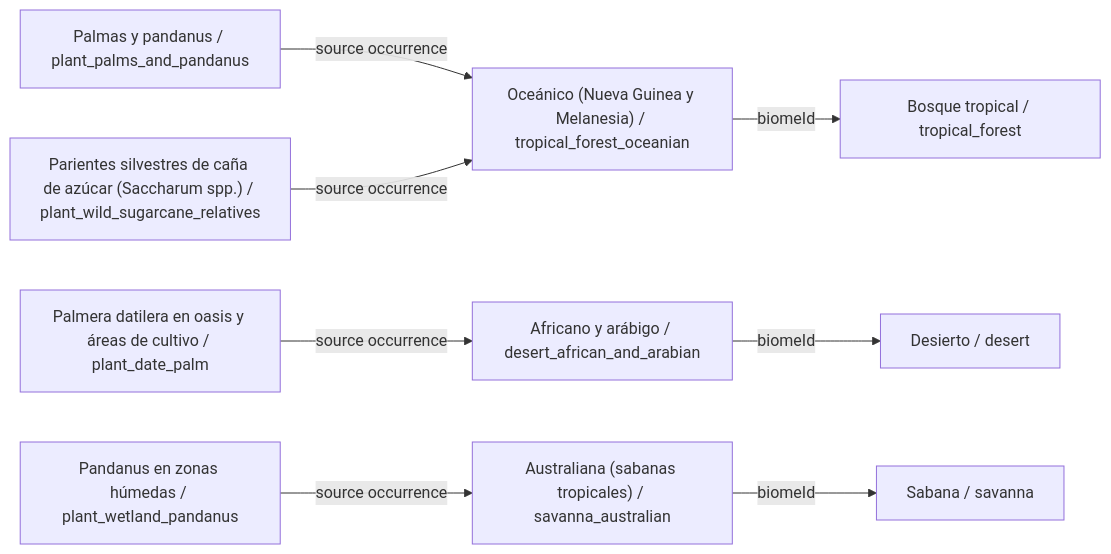
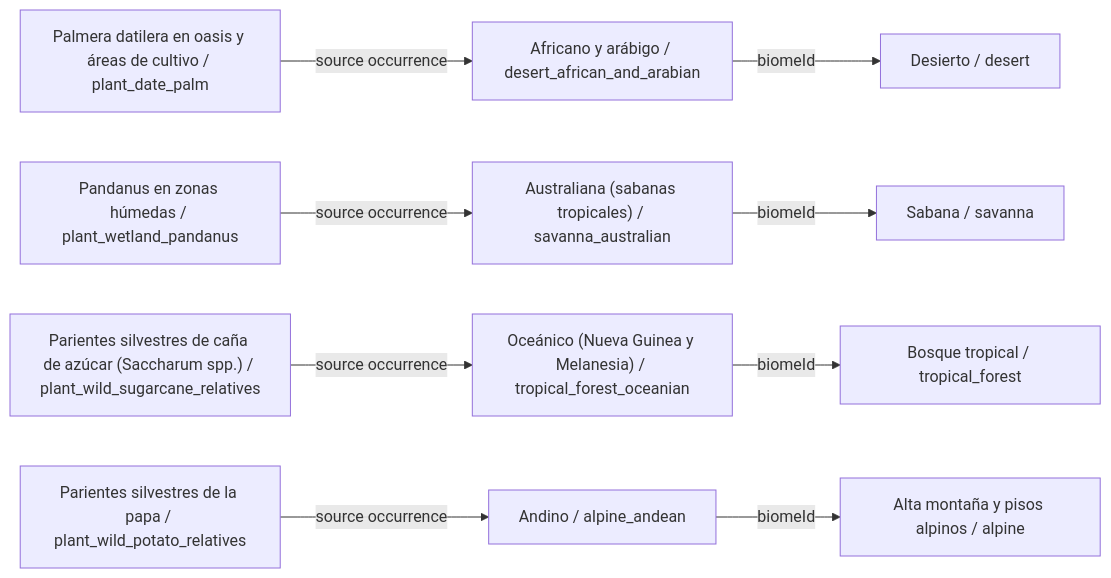
One commit to fgabo404/EvolveDoc changed diagram 17 of 34 in data/plants/DIAGRAMS.es.md. Above: the diagram before and after it, drawn with Mermaid. The commit also changed other lines of this file and 59 other files, not shown here.

````diff
--- a/data/plants/DIAGRAMS.es.md
+++ b/data/plants/DIAGRAMS.es.md
@@ -646,20 +597,23 @@
 ```mermaid
 flowchart LR
-    c0["Palmas y pandanus / plant_palms_and_pandanus"]
+    c0["Palmera datilera en oasis y áreas de cultivo / plant_date_palm"]
+    v16["Africano y arábigo / desert_african_and_arabian"]
+    b4["Desierto / desert"]
+    c1["Pandanus en zonas húmedas / plant_wetland_pandanus"]
+    v14["Australiana (sabanas tropicales) / savanna_australian"]
+    b3["Sabana / savanna"]
+    c2["Parientes silvestres de caña de azúcar (Saccharum spp.) / plant_wild_sugarcane_relatives"]
     v3["Oceánico (Nueva Guinea y Melanesia) / tropical_forest_oceanian"]
     b0["Bosque tropical / tropical_forest"]
-    c1["Palmera datilera en oasis y áreas de cultivo / plant_date_palm"]
-    v16["Africano y arábigo / desert_african_and_arabian"]
-    b4["Desierto / desert"]
-    c2["Pandanus en zonas húmedas / plant_wetland_pandanus"]
-    v14["Australiana (sabanas tropicales) / savanna_australian"]
-    b3["Sabana / savanna"]
-    c3["Parientes silvestres de caña de azúcar (Saccharum spp.) / plant_wild_sugarcane_relatives"]
-    c0 -->|source occurrence| v3
-    c1 -->|source occurrence| v16
-    c2 -->|source occurrence| v14
-    c3 -->|source occurrence| v3
+    c3["Parientes silvestres de la papa / plant_wild_potato_relatives"]
+    v23["Andino / alpine_andean"]
+    b6["Alta montaña y pisos alpinos / alpine"]
+    c0 -->|source occurrence| v16
+    c1 -->|source occurrence| v14
+    c2 -->|source occurrence| v3
+    c3 -->|source occurrence| v23
     v14 -->|biomeId| b3
     v16 -->|biomeId| b4
+    v23 -->|biomeId| b6
     v3 -->|biomeId| b0
 ```
````
